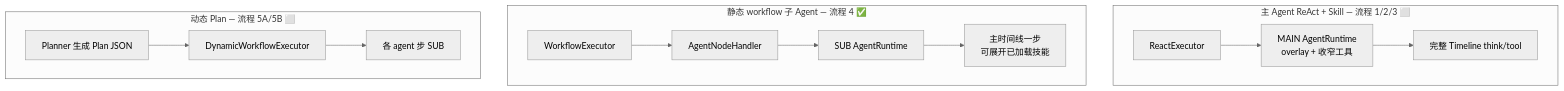
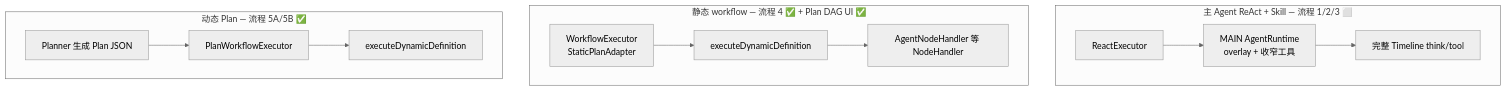
One commit to searchforsun/my-sunshine-agent changed diagram 16 of 20 in docs/superpowers/plans/2026-06-19-multi-agent-architecture.md. Above: the diagram before and after it, drawn with Mermaid (neutral theme). The commit also changed other lines of this file and 181 other files, not shown here.

````diff
--- a/docs/superpowers/plans/2026-06-19-multi-agent-architecture.md
+++ b/docs/superpowers/plans/2026-06-19-multi-agent-architecture.md
@@ -369,16 +369,15 @@
 ```mermaid
 flowchart TB
   subgraph main [主 Agent ReAct + Skill — 流程 1/2/3 ⬜]
     M1[ReactExecutor] --> M2[MAIN AgentRuntime<br/>overlay + 收窄工具]
     M2 --> M3[完整 Timeline think/tool]
   end
-  subgraph static [静态 workflow 子 Agent — 流程 4 ✅]
-    S1[WorkflowExecutor] --> S2[AgentNodeHandler]
-    S2 --> S3[SUB AgentRuntime]
-    S3 --> S4[主时间线一步<br/>可展开已加载技能]
+  subgraph static [静态 workflow — 流程 4 ✅ + Plan DAG UI ✅]
+    S1[WorkflowExecutor<br/>StaticPlanAdapter] --> S2[executeDynamicDefinition]
+    S2 --> S3[AgentNodeHandler 等 NodeHandler]
   end
-  subgraph dynamic [动态 Plan — 流程 5A/5B ⬜]
-    D1[Planner 生成 Plan JSON] --> D2[DynamicWorkflowExecutor]
-    D2 --> D3[各 agent 步 SUB]
+  subgraph dynamic [动态 Plan — 流程 5A/5B ✅]
+    D1[Planner 生成 Plan JSON] --> D2[PlanWorkflowExecutor]
+    D2 --> D3[executeDynamicDefinition]
   end
 ```
````
